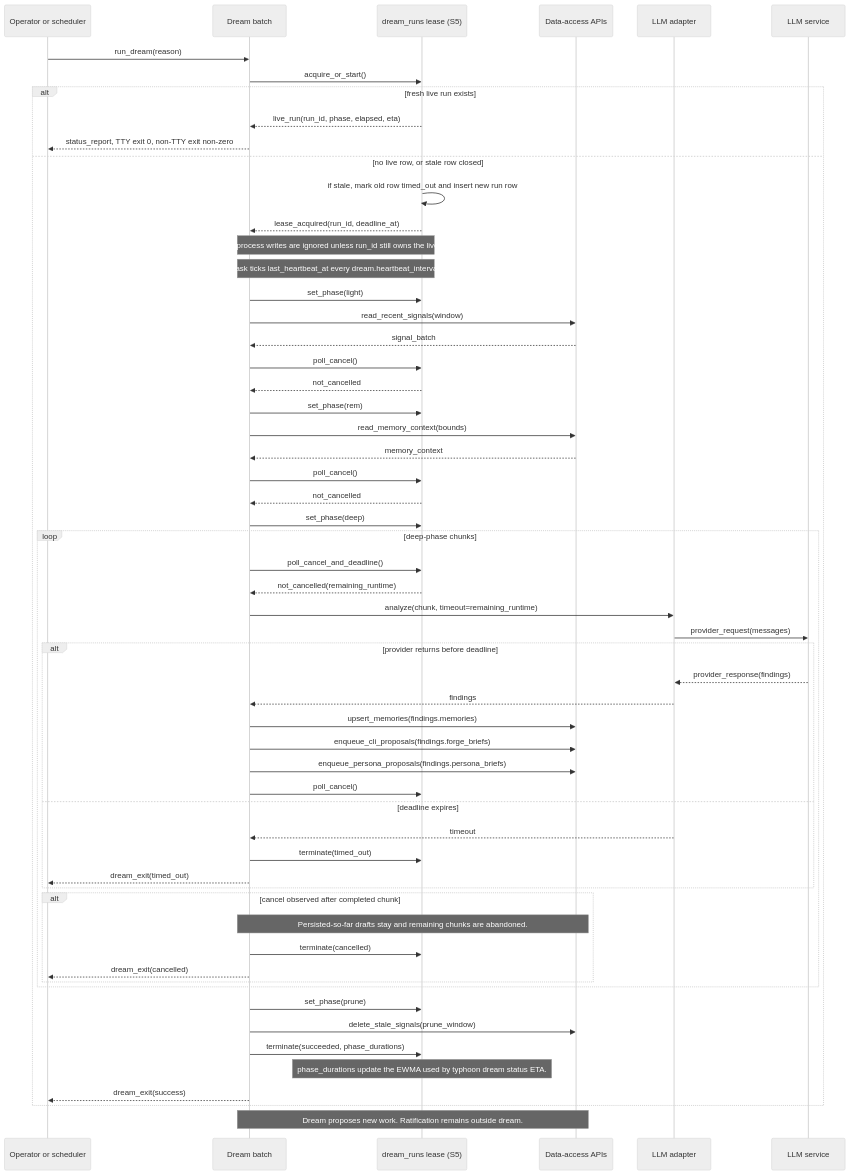
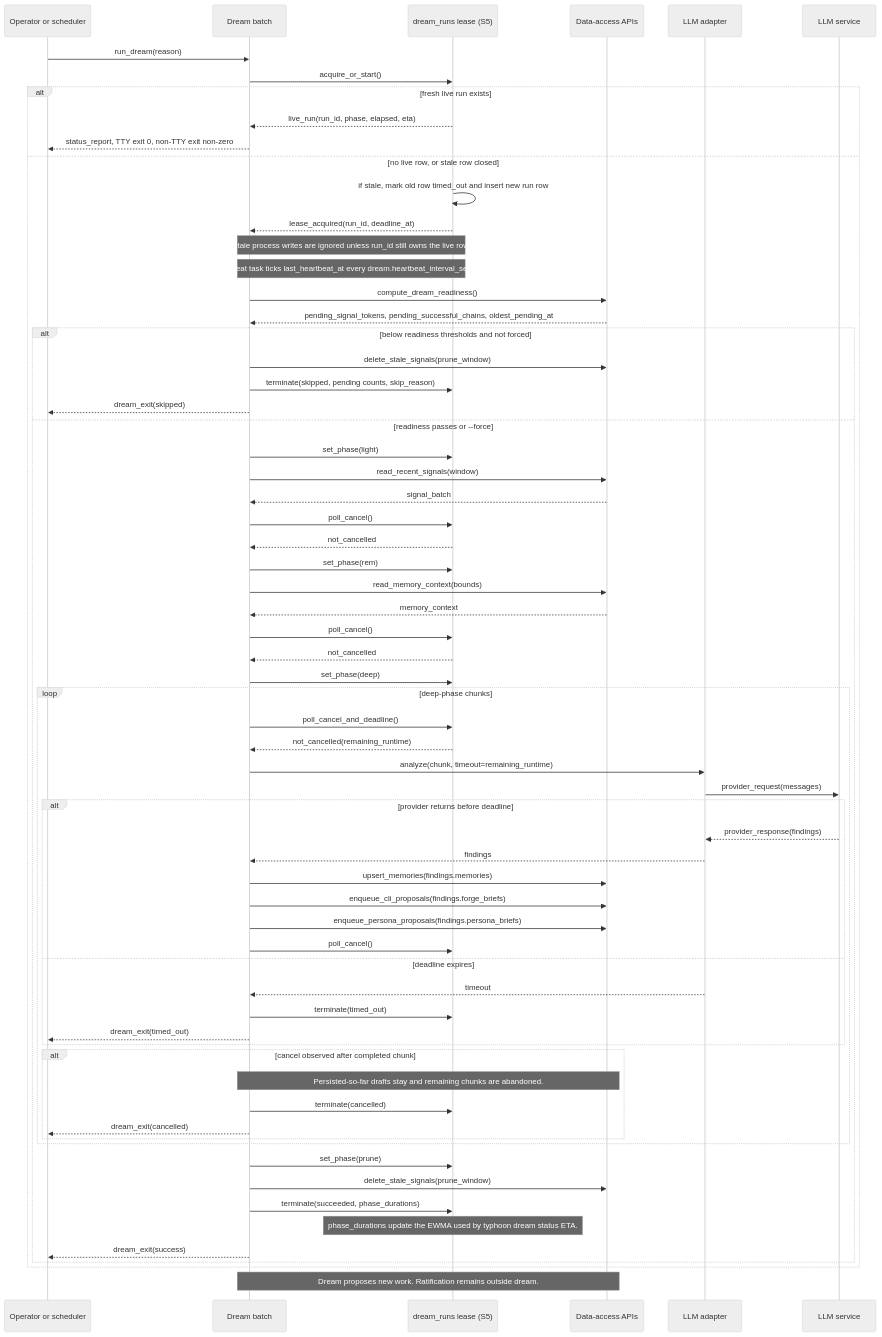
Before and after one commit to yanggf8/typhoonway: the diagram in diagrams/seq-dream.mmd, drawn with Mermaid (neutral theme). The commit also changed 7 other files, not shown here.

Commit message:
Gate dream runs on signal mass

```diff
--- a/diagrams/seq-dream.mmd
+++ b/diagrams/seq-dream.mmd
@@ -1,59 +1,67 @@
 sequenceDiagram
     participant Trigger as Operator or scheduler
     participant Dream as Dream batch
     participant Lease as dream_runs lease (S5)
     participant Data as Data-access APIs
     participant LLMAdapter as LLM adapter
     participant LLM as LLM service
 
     Trigger->>Dream: run_dream(reason)
     Dream->>Lease: acquire_or_start()
     alt fresh live run exists
       Lease-->>Dream: live_run(run_id, phase, elapsed, eta)
       Dream-->>Trigger: status_report, TTY exit 0, non-TTY exit non-zero
     else no live row, or stale row closed
       Lease->>Lease: if stale, mark old row timed_out and insert new run row
       Lease-->>Dream: lease_acquired(run_id, deadline_at)
       Note over Dream,Lease: Stale process writes are ignored unless run_id still owns the live row.
       Note over Dream,Lease: Heartbeat task ticks last_heartbeat_at every dream.heartbeat_interval_seconds.
-      Dream->>Lease: set_phase(light)
-      Dream->>Data: read_recent_signals(window)
-      Data-->>Dream: signal_batch
-      Dream->>Lease: poll_cancel()
-      Lease-->>Dream: not_cancelled
-      Dream->>Lease: set_phase(rem)
-      Dream->>Data: read_memory_context(bounds)
-      Data-->>Dream: memory_context
-      Dream->>Lease: poll_cancel()
-      Lease-->>Dream: not_cancelled
-      Dream->>Lease: set_phase(deep)
-      loop deep-phase chunks
-        Dream->>Lease: poll_cancel_and_deadline()
-        Lease-->>Dream: not_cancelled(remaining_runtime)
-        Dream->>LLMAdapter: analyze(chunk, timeout=remaining_runtime)
-        LLMAdapter->>LLM: provider_request(messages)
-        alt provider returns before deadline
-          LLM-->>LLMAdapter: provider_response(findings)
-          LLMAdapter-->>Dream: findings
-          Dream->>Data: upsert_memories(findings.memories)
-          Dream->>Data: enqueue_cli_proposals(findings.forge_briefs)
-          Dream->>Data: enqueue_persona_proposals(findings.persona_briefs)
-          Dream->>Lease: poll_cancel()
-        else deadline expires
-          LLMAdapter-->>Dream: timeout
-          Dream->>Lease: terminate(timed_out)
-          Dream-->>Trigger: dream_exit(timed_out)
+      Dream->>Data: compute_dream_readiness()
+      Data-->>Dream: pending_signal_tokens, pending_successful_chains, oldest_pending_at
+      alt below readiness thresholds and not forced
+        Dream->>Data: delete_stale_signals(prune_window)
+        Dream->>Lease: terminate(skipped, pending counts, skip_reason)
+        Dream-->>Trigger: dream_exit(skipped)
+      else readiness passes or --force
+        Dream->>Lease: set_phase(light)
+        Dream->>Data: read_recent_signals(window)
+        Data-->>Dream: signal_batch
+        Dream->>Lease: poll_cancel()
+        Lease-->>Dream: not_cancelled
+        Dream->>Lease: set_phase(rem)
+        Dream->>Data: read_memory_context(bounds)
+        Data-->>Dream: memory_context
+        Dream->>Lease: poll_cancel()
+        Lease-->>Dream: not_cancelled
+        Dream->>Lease: set_phase(deep)
+        loop deep-phase chunks
+          Dream->>Lease: poll_cancel_and_deadline()
+          Lease-->>Dream: not_cancelled(remaining_runtime)
+          Dream->>LLMAdapter: analyze(chunk, timeout=remaining_runtime)
+          LLMAdapter->>LLM: provider_request(messages)
+          alt provider returns before deadline
+            LLM-->>LLMAdapter: provider_response(findings)
+            LLMAdapter-->>Dream: findings
+            Dream->>Data: upsert_memories(findings.memories)
+            Dream->>Data: enqueue_cli_proposals(findings.forge_briefs)
+            Dream->>Data: enqueue_persona_proposals(findings.persona_briefs)
+            Dream->>Lease: poll_cancel()
+          else deadline expires
+            LLMAdapter-->>Dream: timeout
+            Dream->>Lease: terminate(timed_out)
+            Dream-->>Trigger: dream_exit(timed_out)
+          end
+          alt cancel observed after completed chunk
+            Note over Dream,Data: Persisted-so-far drafts stay and remaining chunks are abandoned.
+            Dream->>Lease: terminate(cancelled)
+            Dream-->>Trigger: dream_exit(cancelled)
+          end
         end
-        alt cancel observed after completed chunk
-          Note over Dream,Data: Persisted-so-far drafts stay and remaining chunks are abandoned.
-          Dream->>Lease: terminate(cancelled)
-          Dream-->>Trigger: dream_exit(cancelled)
-        end
+        Dream->>Lease: set_phase(prune)
+        Dream->>Data: delete_stale_signals(prune_window)
+        Dream->>Lease: terminate(succeeded, phase_durations)
+        Note over Lease: phase_durations update the EWMA used by typhoon dream status ETA.
+        Dream-->>Trigger: dream_exit(success)
       end
-      Dream->>Lease: set_phase(prune)
-      Dream->>Data: delete_stale_signals(prune_window)
-      Dream->>Lease: terminate(succeeded, phase_durations)
-      Note over Lease: phase_durations update the EWMA used by typhoon dream status ETA.
-      Dream-->>Trigger: dream_exit(success)
     end
     Note over Dream,Data: Dream proposes new work. Ratification remains outside dream.
```
